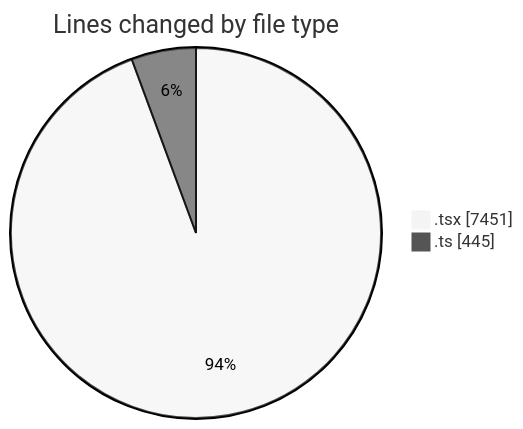
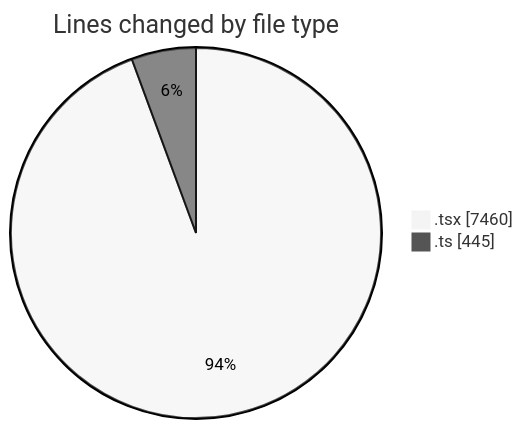
Before and after one commit to momahboobian/code-tracking: the first of 2 diagrams in 2025-09-24/cda/README.md, drawn with Mermaid (neutral theme). The commit also changed other lines of this file and 1 other file, not shown here.

````diff
--- a/2025-09-24/cda/README.md
+++ b/2025-09-24/cda/README.md
@@ -36,6 +36,6 @@
 ```mermaid
 pie showData
 title Lines changed by file type
-".tsx" : 7451
+".tsx" : 7460
 ".ts" : 445
 ```
````
